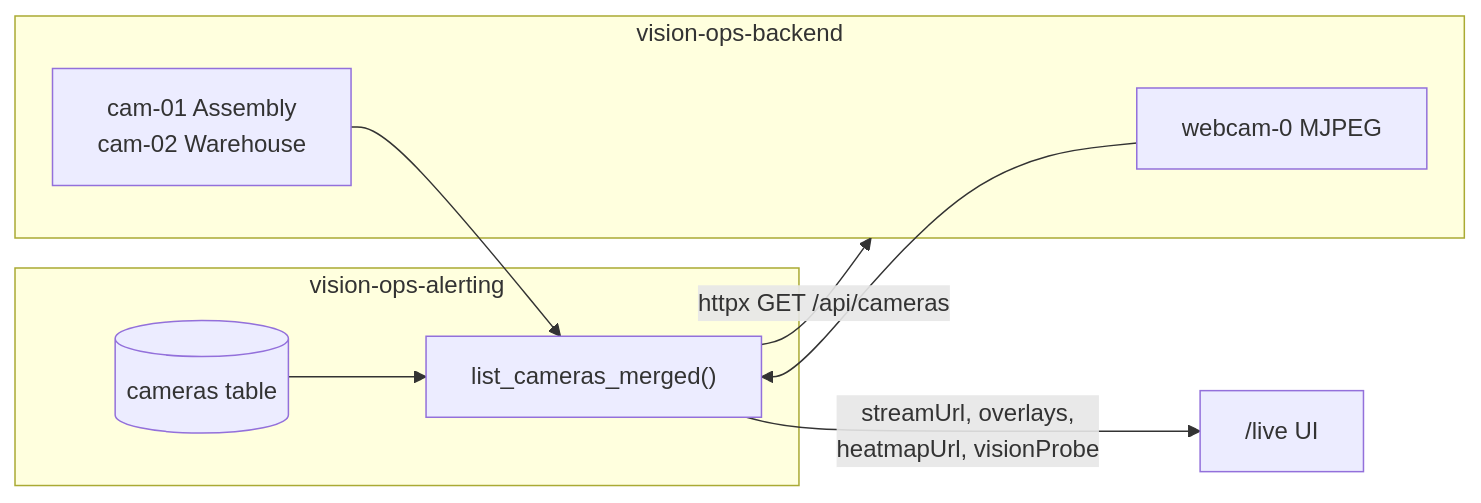
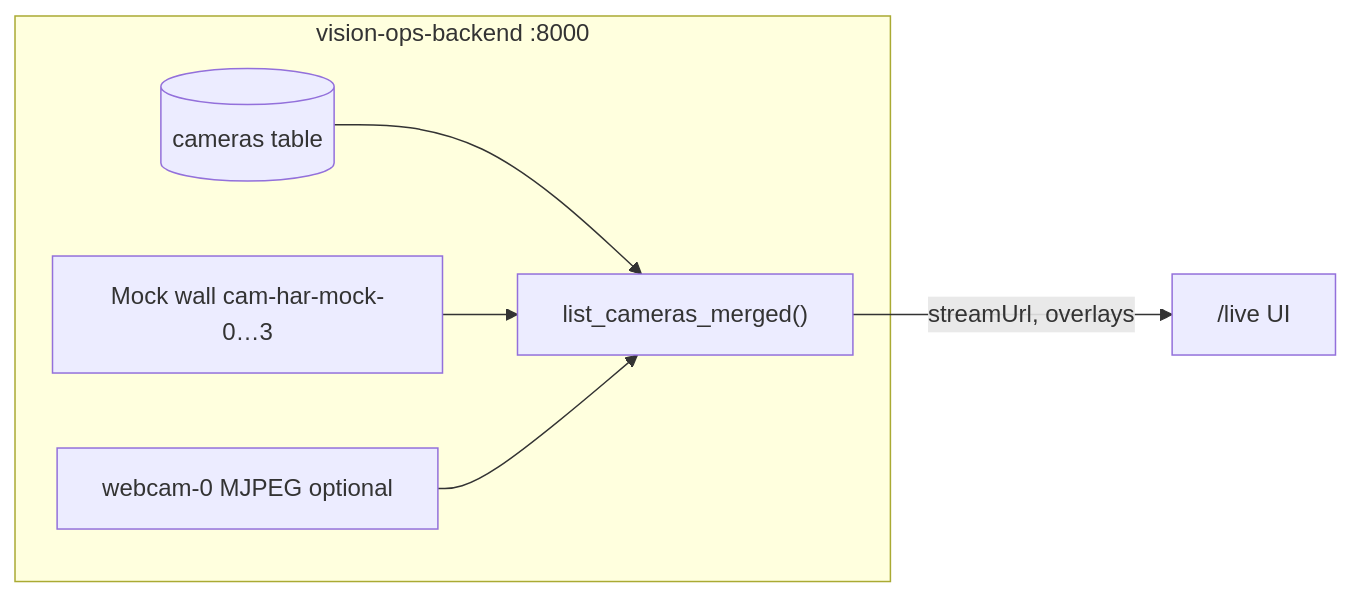
One commit to CarlosdelCastillo-Rey/AI-Co-Pilot-for-the-Production-Floor-See-Guide-Improve changed the fourth of 6 diagrams in README.md. Above: the diagram before and after it, drawn with Mermaid. The commit also changed other lines of this file and 305 other files, not shown here.

````diff
--- a/README.md
+++ b/README.md
@@ -245,18 +274,14 @@
 ```mermaid
 flowchart LR
-    subgraph Alerting["vision-ops-alerting"]
+    subgraph Backend["vision-ops-backend :8000"]
         DB[(cameras table)]
         MERGE["list_cameras_merged()"]
-    end
-
-    subgraph Vision["vision-ops-backend"]
-        WEB["webcam-0 MJPEG"]
-        MOCK["cam-01 Assembly<br/>cam-02 Warehouse"]
+        WALL["Mock wall cam-har-mock-0…3"]
+        WEB["webcam-0 MJPEG optional"]
     end
 
     DB --> MERGE
-    MERGE -->|"httpx GET /api/cameras"| Vision
+    WALL --> MERGE
     WEB --> MERGE
-    MOCK --> MERGE
-    MERGE -->|"streamUrl, overlays,<br/>heatmapUrl, visionProbe"| APP["/live UI"]
+    MERGE -->|"streamUrl, overlays"| APP["/live UI"]
 ```
````
